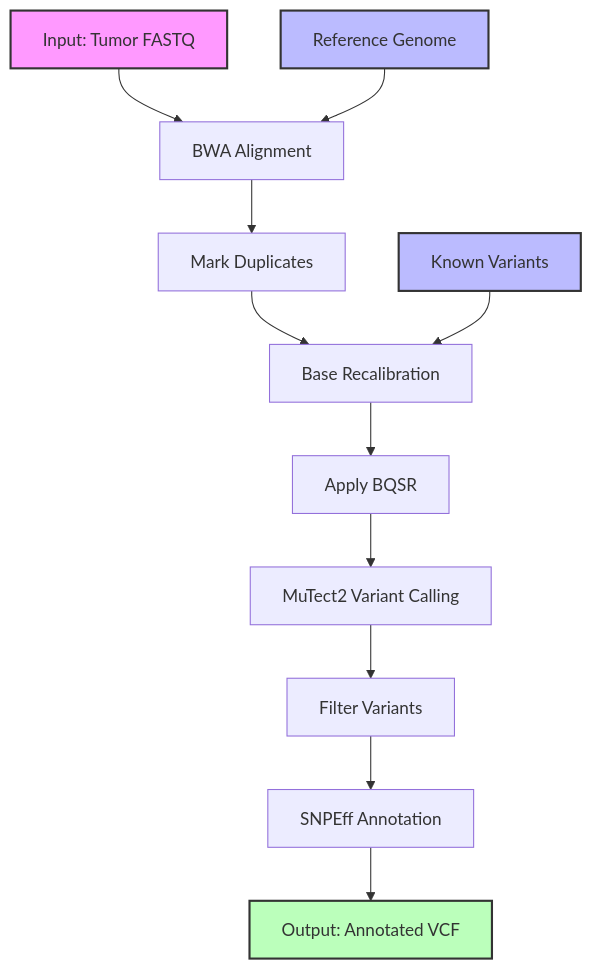
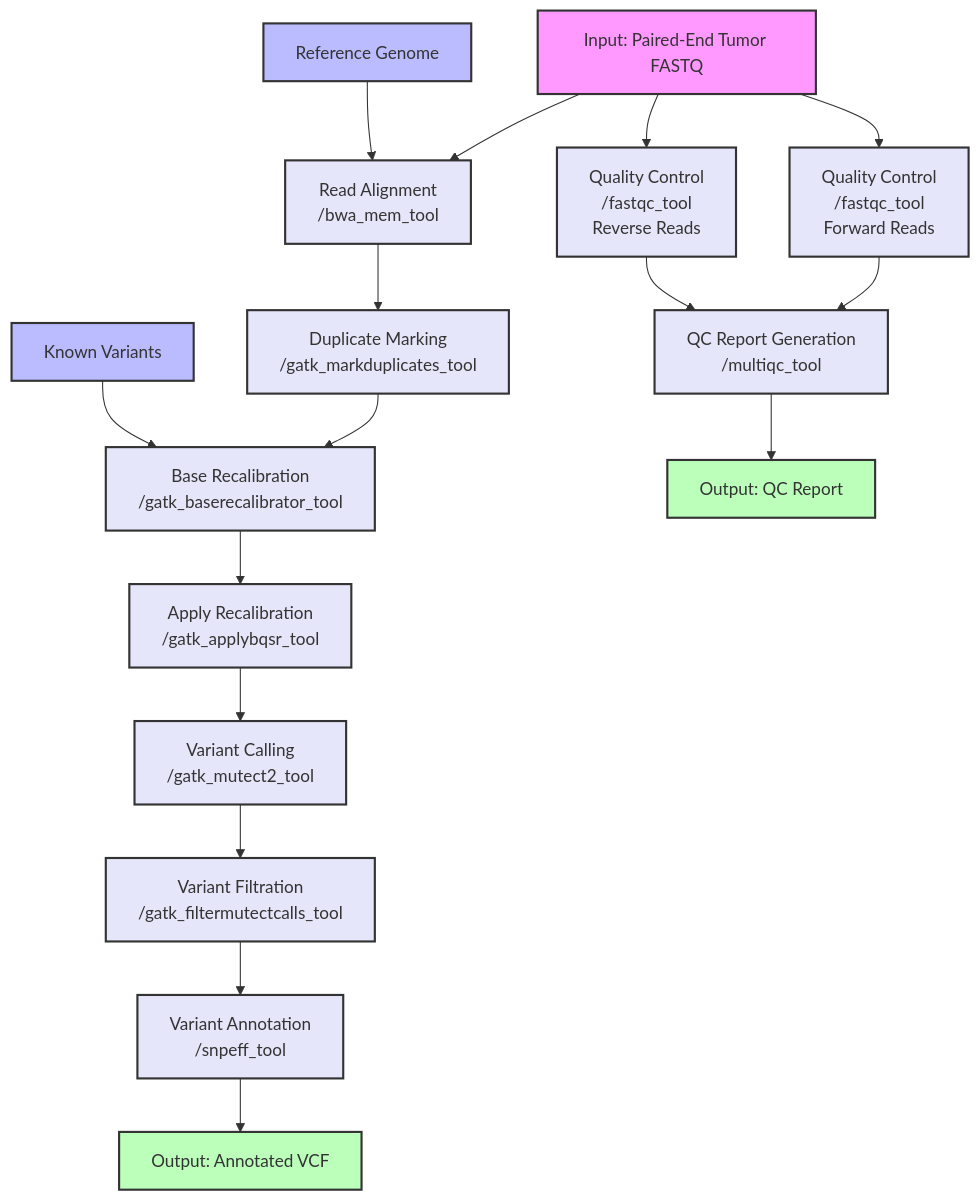
The diagram in tumor-multiomics/Workflow_01_Tumor_Exome_Analysis_Workflow.md (davidroberson/generative-cwl), drawn with Mermaid before and after one commit. The commit also changed other lines of this file, not shown here.

````diff
--- a/tumor-multiomics/Workflow_01_Tumor_Exome_Analysis_Workflow.md
+++ b/tumor-multiomics/Workflow_01_Tumor_Exome_Analysis_Workflow.md
@@ -8,18 +8,34 @@
 ```mermaid
 graph TD
-    A[Input: Tumor FASTQ] --> B[BWA Alignment]
+    A[Input: Paired-End Tumor FASTQ] --> QC1[Quality Control<br/>/fastqc_tool<br/>Forward Reads]
+    A --> QC2[Quality Control<br/>/fastqc_tool<br/>Reverse Reads]
+    A --> B[Read Alignment<br/>/bwa_mem_tool]
     R[Reference Genome] --> B
-    B --> C[Mark Duplicates]
-    C --> D[Base Recalibration]
+    QC1 --> M[QC Report Generation<br/>/multiqc_tool]
+    QC2 --> M
+    B --> C[Duplicate Marking<br/>/gatk_markduplicates_tool]
+    C --> D[Base Recalibration<br/>/gatk_baserecalibrator_tool]
     K[Known Variants] --> D
-    D[Base Recalibration] --> E[Apply BQSR]
-    E --> F[MuTect2 Variant Calling]
-    F --> G[Filter Variants]
-    G --> H[SNPEff Annotation]
+    D --> E[Apply Recalibration<br/>/gatk_applybqsr_tool]
+    E --> F[Variant Calling<br/>/gatk_mutect2_tool]
+    F --> G[Variant Filtration<br/>/gatk_filtermutectcalls_tool]
+    G --> H[Variant Annotation<br/>/snpeff_tool]
     H --> I[Output: Annotated VCF]
+    M --> N[Output: QC Report]
     
     style A fill:#f9f,stroke:#333,stroke-width:2px
     style R fill:#bbf,stroke:#333,stroke-width:2px
     style K fill:#bbf,stroke:#333,stroke-width:2px
     style I fill:#bfb,stroke:#333,stroke-width:2px
+    style N fill:#bfb,stroke:#333,stroke-width:2px
+    style QC1 fill:#e6e6fa,stroke:#333,stroke-width:2px
+    style QC2 fill:#e6e6fa,stroke:#333,stroke-width:2px
+    style B fill:#e6e6fa,stroke:#333,stroke-width:2px
+    style C fill:#e6e6fa,stroke:#333,stroke-width:2px
+    style D fill:#e6e6fa,stroke:#333,stroke-width:2px
+    style E fill:#e6e6fa,stroke:#333,stroke-width:2px
+    style F fill:#e6e6fa,stroke:#333,stroke-width:2px
+    style G fill:#e6e6fa,stroke:#333,stroke-width:2px
+    style H fill:#e6e6fa,stroke:#333,stroke-width:2px
+    style M fill:#e6e6fa,stroke:#333,stroke-width:2px
 ```
````
